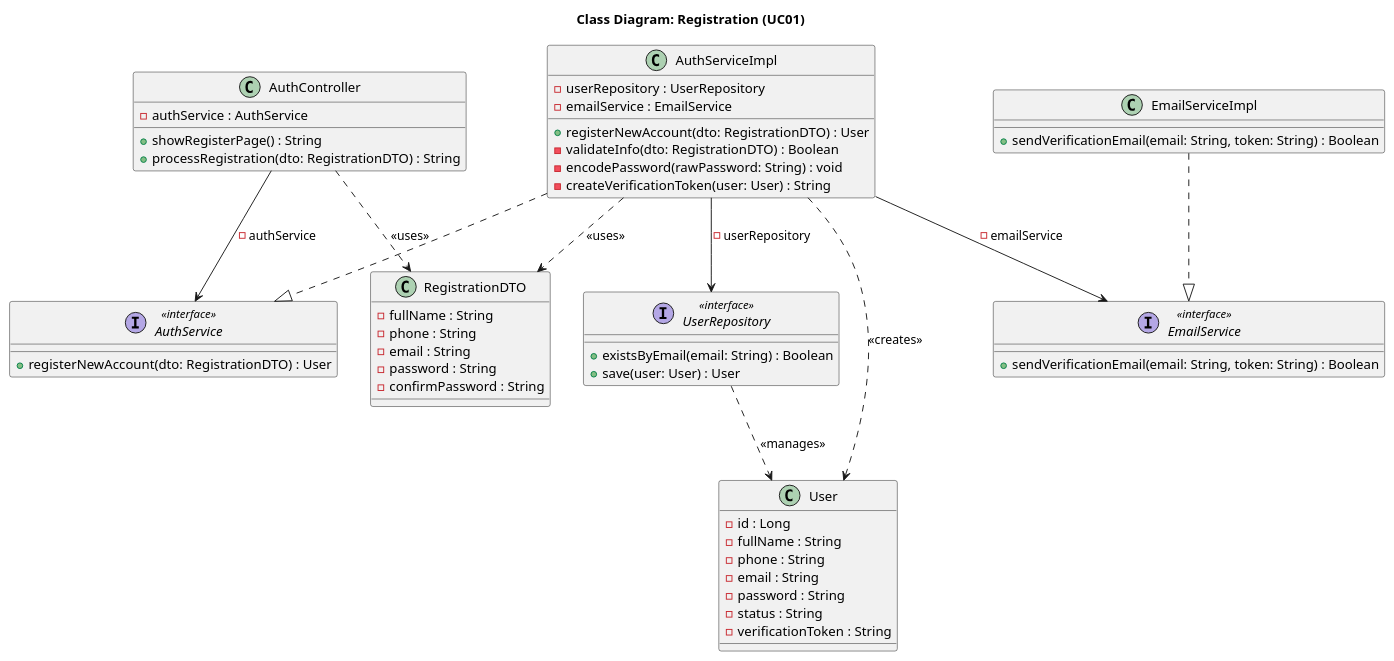
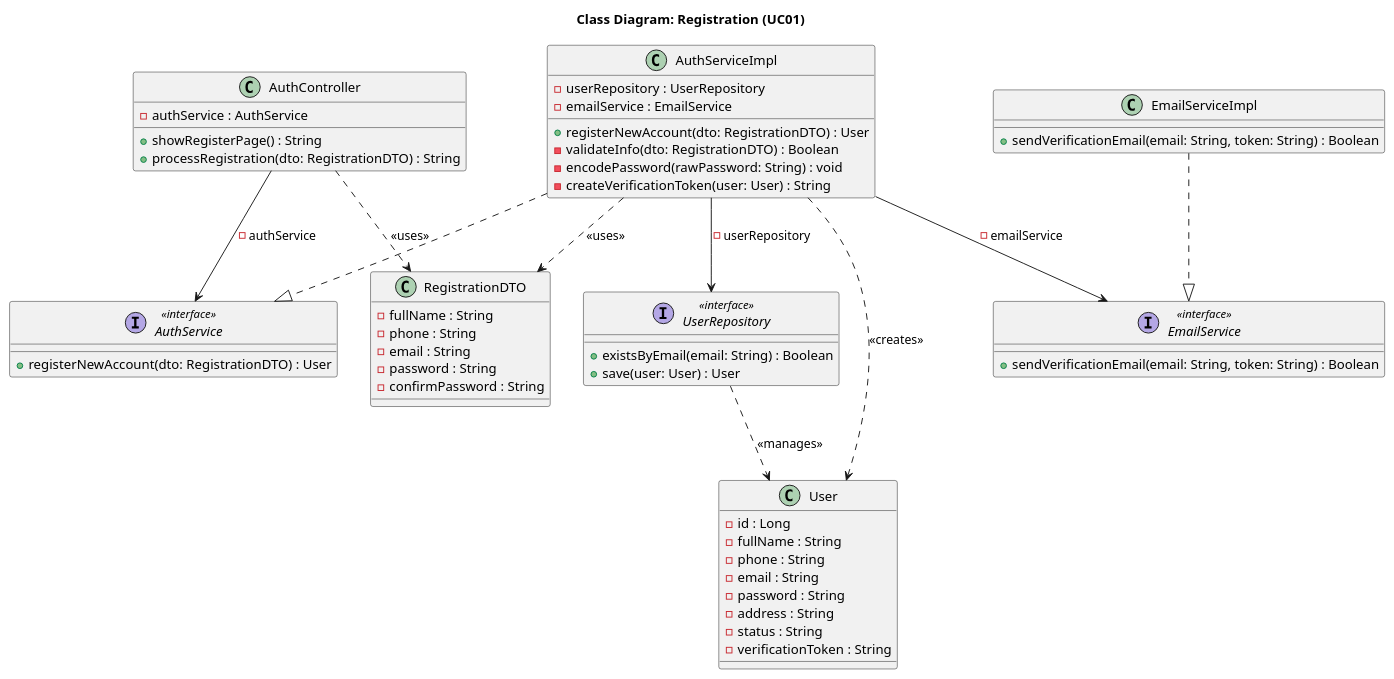
Before and after one commit to Peterdir/fashion-store-system: the diagram in src/main/java/org/example/fashionstoresystem/uml/Class/CD01_Registration.puml, drawn with PlantUML. The commit also changed 10 other files, not shown here.

Commit message:
Update Entity and Diagram

```diff
--- a/src/main/java/org/example/fashionstoresystem/uml/Class/CD01_Registration.puml
+++ b/src/main/java/org/example/fashionstoresystem/uml/Class/CD01_Registration.puml
@@ -1,79 +1,80 @@
 @startuml
 title Class Diagram: Registration (UC01)
 
 ' Controller
 
 class AuthController {
     - authService : AuthService
     + showRegisterPage() : String
     + processRegistration(dto: RegistrationDTO) : String
 }
 
 'Service
 
 interface AuthService <<interface>> {
     + registerNewAccount(dto: RegistrationDTO) : User
 }
 
 class AuthServiceImpl {
     - userRepository : UserRepository
     - emailService : EmailService
     + registerNewAccount(dto: RegistrationDTO) : User
     - validateInfo(dto: RegistrationDTO) : Boolean
     - encodePassword(rawPassword: String) : void
     - createVerificationToken(user: User) : String
 }
 
 interface EmailService <<interface>> {
     + sendVerificationEmail(email: String, token: String) : Boolean
 }
 
 class EmailServiceImpl {
     + sendVerificationEmail(email: String, token: String) : Boolean
 }
 
 ' Repository
 
 interface UserRepository <<interface>> {
     + existsByEmail(email: String) : Boolean
     + save(user: User) : User
 }
 
 
 ' Entity & DTO
 
 class RegistrationDTO {
     - fullName : String
     - phone : String
     - email : String
     - password : String
     - confirmPassword : String
 }
 
 class User {
     - id : Long
     - fullName : String
     - phone : String
     - email : String
     - password : String
+    - address : String
     - status : String
     - verificationToken : String
 }
 
 ' Relationships
 
 ' Class implement Interface
 AuthServiceImpl ..|> AuthService
 EmailServiceImpl ..|> EmailService
 
 ' Dependency Injection
 AuthController --> AuthService : - authService
 AuthServiceImpl --> UserRepository : - userRepository
 AuthServiceImpl --> EmailService : - emailService
 
 ' Object Usage
 AuthController ..> RegistrationDTO : <<uses>>
 AuthServiceImpl ..> RegistrationDTO : <<uses>>
 AuthServiceImpl ..> User : <<creates>>
 UserRepository ..> User : <<manages>>
 @enduml
```
